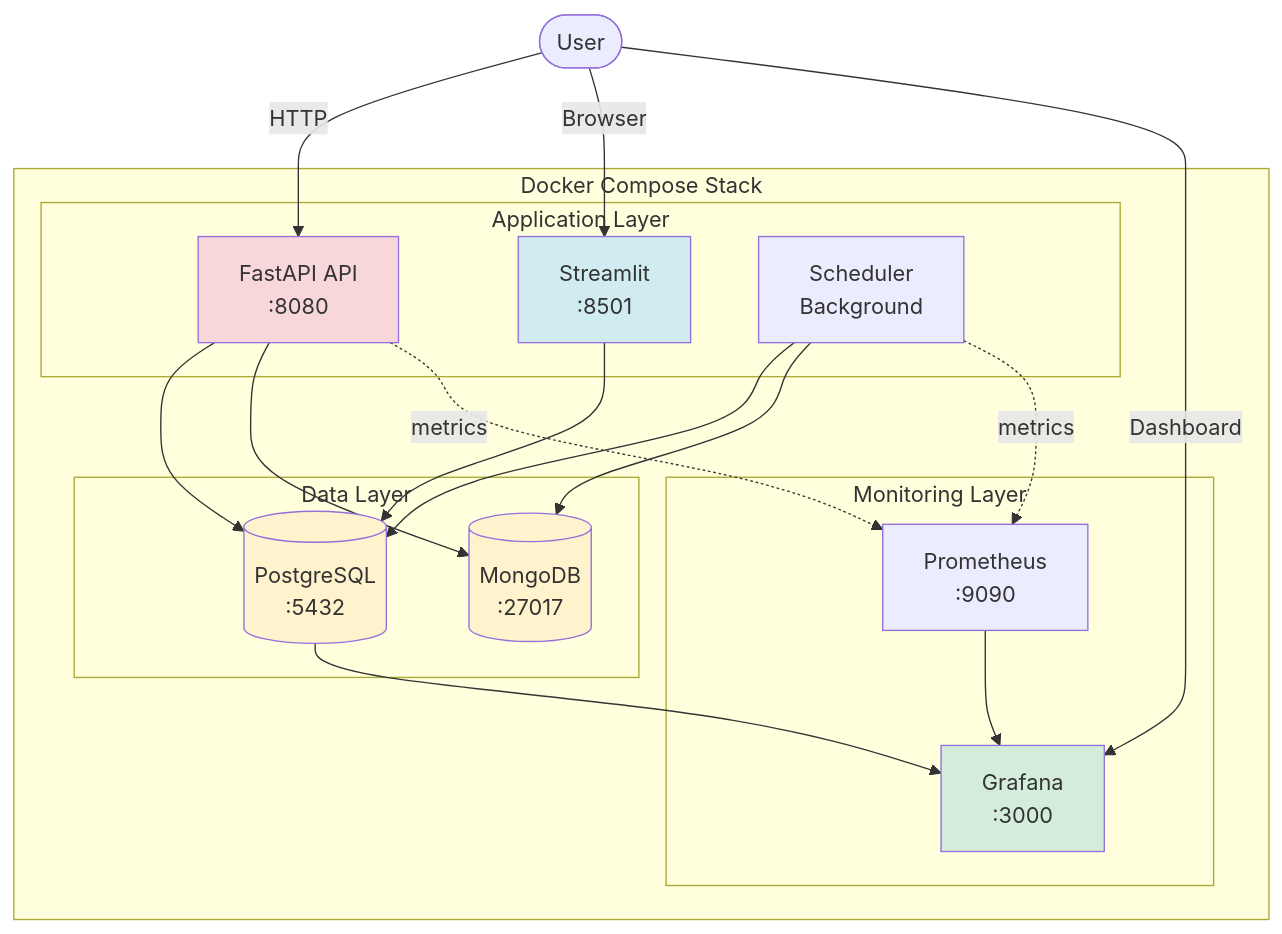
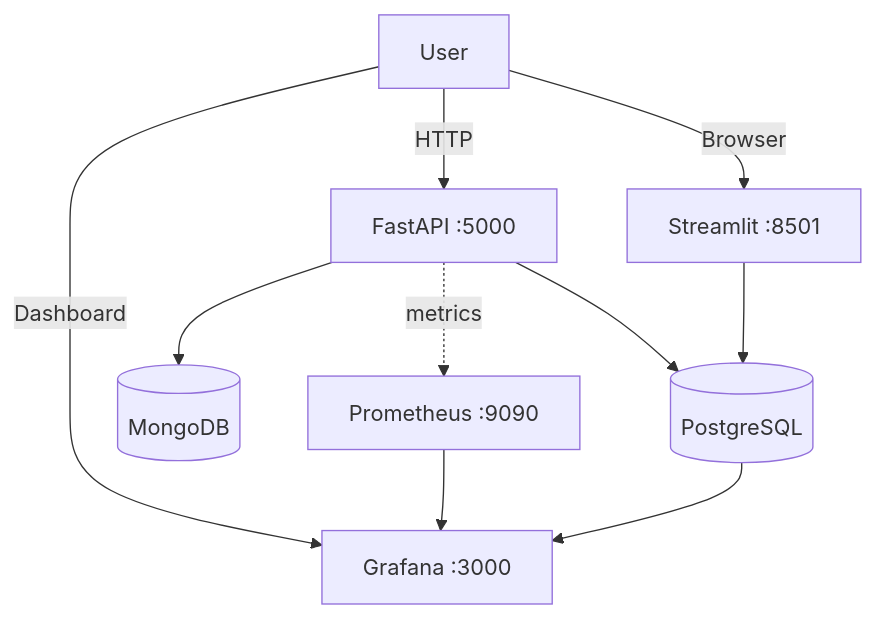
One commit to scorpianerc/MLOPS-PROJECT changed the fourth of 4 diagrams in README.md. Above: the diagram before and after it, drawn with Mermaid. The commit also changed other lines of this file, not shown here.

Commit message:
Simplify Mermaid diagrams for GitHub compatibility

````diff
--- a/README.md
+++ b/README.md
@@ -287,42 +219,14 @@
 ```mermaid
 graph TB
-    subgraph "Docker Compose Stack"
-        subgraph "Application Layer"
-            API[FastAPI API<br/>:8080]
-            STREAM[Streamlit<br/>:8501]
-            SCHED[Scheduler<br/>Background]
-        end
-        
-        subgraph "Data Layer"
-            PG[(PostgreSQL<br/>:5432)]
-            MONGO[(MongoDB<br/>:27017)]
-        end
-        
-        subgraph "Monitoring Layer"
-            PROM[Prometheus<br/>:9090]
-            GRAF[Grafana<br/>:3000]
-        end
-    end
+    USER[User] -->|HTTP| API[FastAPI :5000]
+    USER -->|Browser| STREAM[Streamlit :8501]
+    USER -->|Dashboard| GRAF[Grafana :3000]
     
-    API --> PG
-    API --> MONGO
+    API --> PG[(PostgreSQL)]
+    API --> MONGO[(MongoDB)]
     STREAM --> PG
-    SCHED --> PG
-    SCHED --> MONGO
     
-    API -.->|metrics| PROM
-    SCHED -.->|metrics| PROM
-    
+    API -.->|metrics| PROM[Prometheus :9090]
     PROM --> GRAF
     PG --> GRAF
-    
-    USER([User]) -->|HTTP| API
-    USER -->|Browser| STREAM
-    USER -->|Dashboard| GRAF
-    
-    style API fill:#f8d7da
-    style STREAM fill:#d1ecf1
-    style PG fill:#fff3cd
-    style MONGO fill:#fff3cd
-    style GRAF fill:#d4edda
 ```
````
